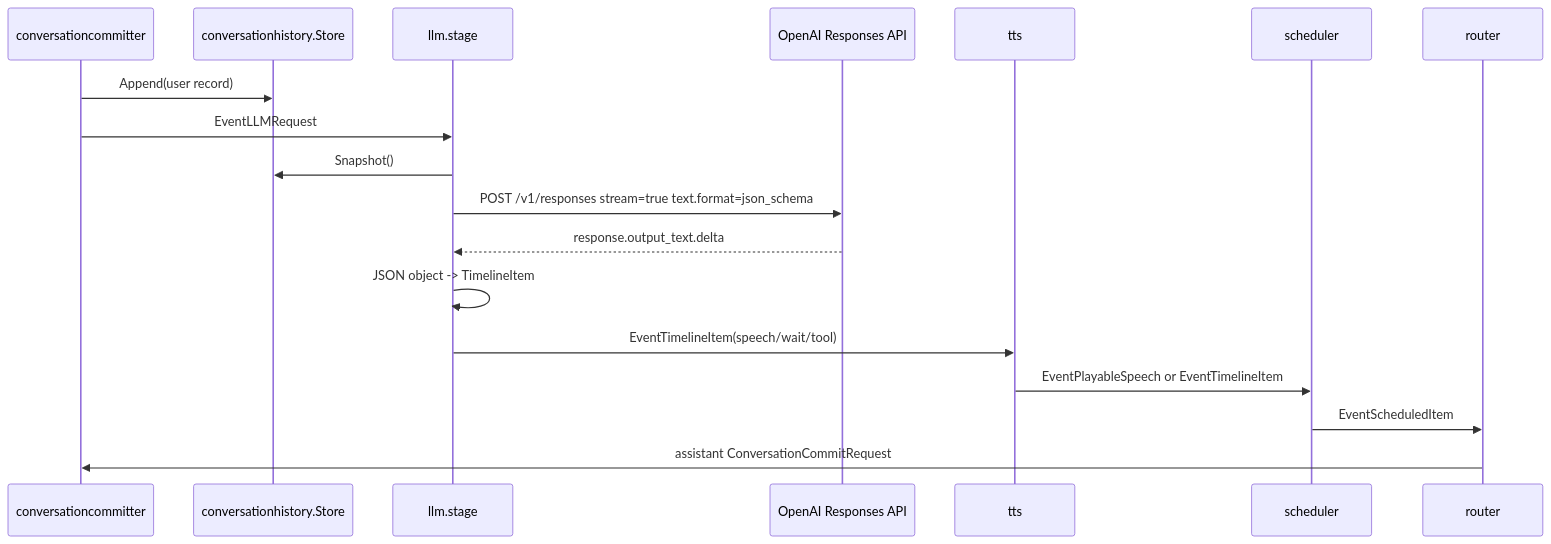
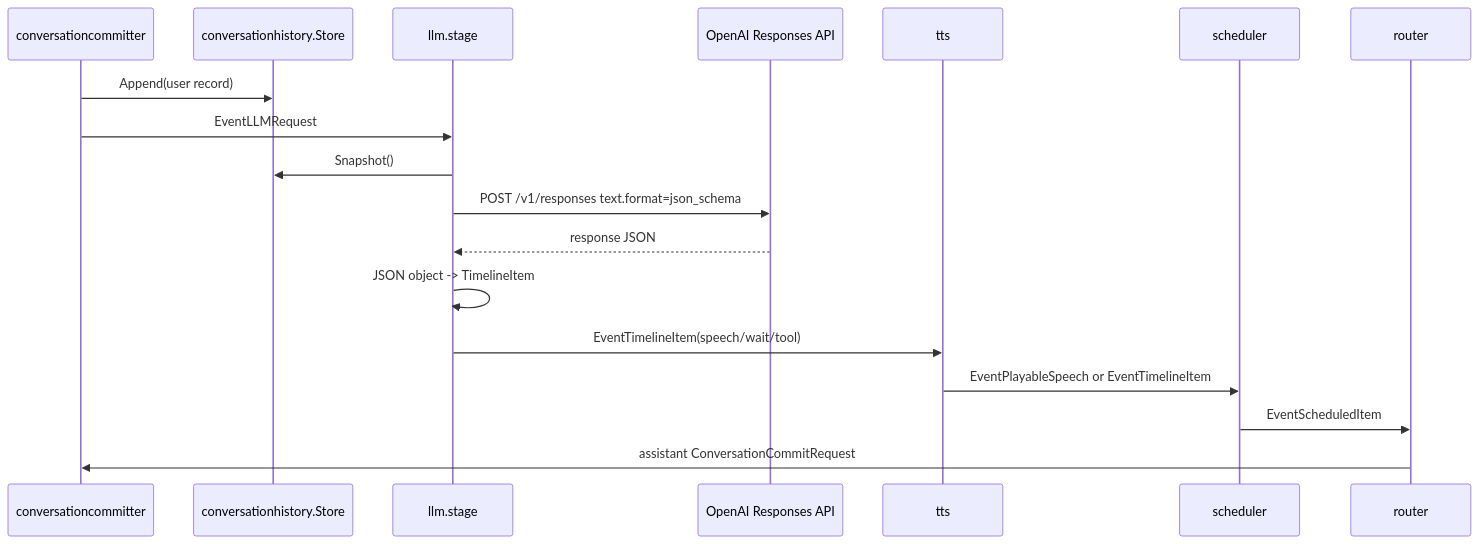
One commit to tetetratra/smart-speaker changed the first of 2 diagrams in docs/components/llm.md. Above: the diagram before and after it, drawn with Mermaid. The commit also changed other lines of this file and 4 other files, not shown here.

````diff
--- a/docs/components/llm.md
+++ b/docs/components/llm.md
@@ -59,21 +59,21 @@
 ```mermaid
 sequenceDiagram
   participant Committer as conversationcommitter
   participant History as conversationhistory.Store
   participant LLM as llm.stage
   participant OpenAI as OpenAI Responses API
   participant TTS as tts
   participant Scheduler as scheduler
   participant Router as router
 
   Committer->>History: Append(user record)
   Committer->>LLM: EventLLMRequest
   LLM->>History: Snapshot()
-  LLM->>OpenAI: POST /v1/responses stream=true text.format=json_schema
-  OpenAI-->>LLM: response.output_text.delta
+  LLM->>OpenAI: POST /v1/responses text.format=json_schema
+  OpenAI-->>LLM: response JSON
   LLM->>LLM: JSON object -> TimelineItem
   LLM->>TTS: EventTimelineItem(speech/wait/tool)
   TTS->>Scheduler: EventPlayableSpeech or EventTimelineItem
   Scheduler->>Router: EventScheduledItem
   Router->>Committer: assistant ConversationCommitRequest
 ```
````
